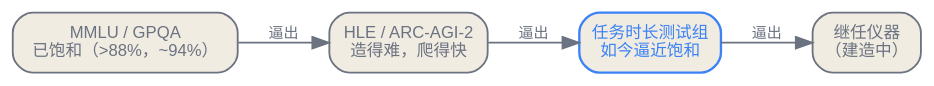
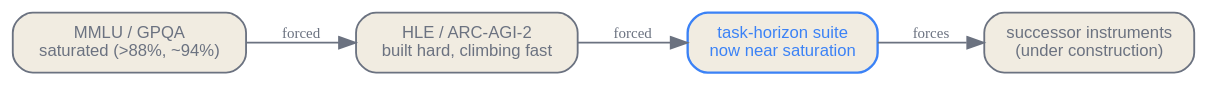
Before and after one commit to latere-ai/ai-as-an-infrastructure: the second of 2 diagrams in zh/p11-frontiers/51-the-capability-horizon.qmd, drawn with Graphviz. The commit also changed other lines of this file and 106 other files, not shown here.

````diff
--- a/zh/p11-frontiers/51-the-capability-horizon.qmd
+++ b/zh/p11-frontiers/51-the-capability-horizon.qmd
@@ -41,19 +41,19 @@
 ```{dot}
 //| label: fig-horizon-saturation
 //| fig-cap: "仪器饱和得比能造出来还快。每一代基准都为抵抗饱和而生，在模型把它榨干时陡峭攀升，又逼出下一把尺子。那套为了比分数活得更久而造的地平线测试组，如今自己也逼近饱和。"
 digraph saturation {
   rankdir=LR;
   bgcolor="transparent";
   node [shape=box, style="rounded,filled", fontname="Helvetica", fontsize=10, color="#6b7280", fontcolor="#6b7280", fillcolor="#f1ece1", penwidth=1.1];
   edge [color="#6b7280", fontcolor="#6b7280", fontsize=9];
 
-  mmlu [label="MMLU / GPQA\n已饱和（>88%，~94%）"];
-  hard [label="HLE / ARC-AGI-2\n造得难，爬得快"];
-  horizon [label="任务时长测试组\n如今逼近饱和", color="#3b82f6", fontcolor="#3b82f6", penwidth=1.4];
-  next [label="继任仪器\n（建造中）"];
+  mmlu [label="MMLU / GPQA\nsaturated (>88%, ~94%)"];
+  hard [label="HLE / ARC-AGI-2\nbuilt hard, climbing fast"];
+  horizon [label="task-horizon suite\nnow near saturation", color="#3b82f6", fontcolor="#3b82f6", penwidth=1.4];
+  next [label="successor instruments\n(under construction)"];
 
-  mmlu -> hard [label="逼出"];
-  hard -> horizon [label="逼出"];
-  horizon -> next [label="逼出"];
+  mmlu -> hard [label="forced"];
+  hard -> horizon [label="forced"];
+  horizon -> next [label="forces"];
 }
 ```
````
